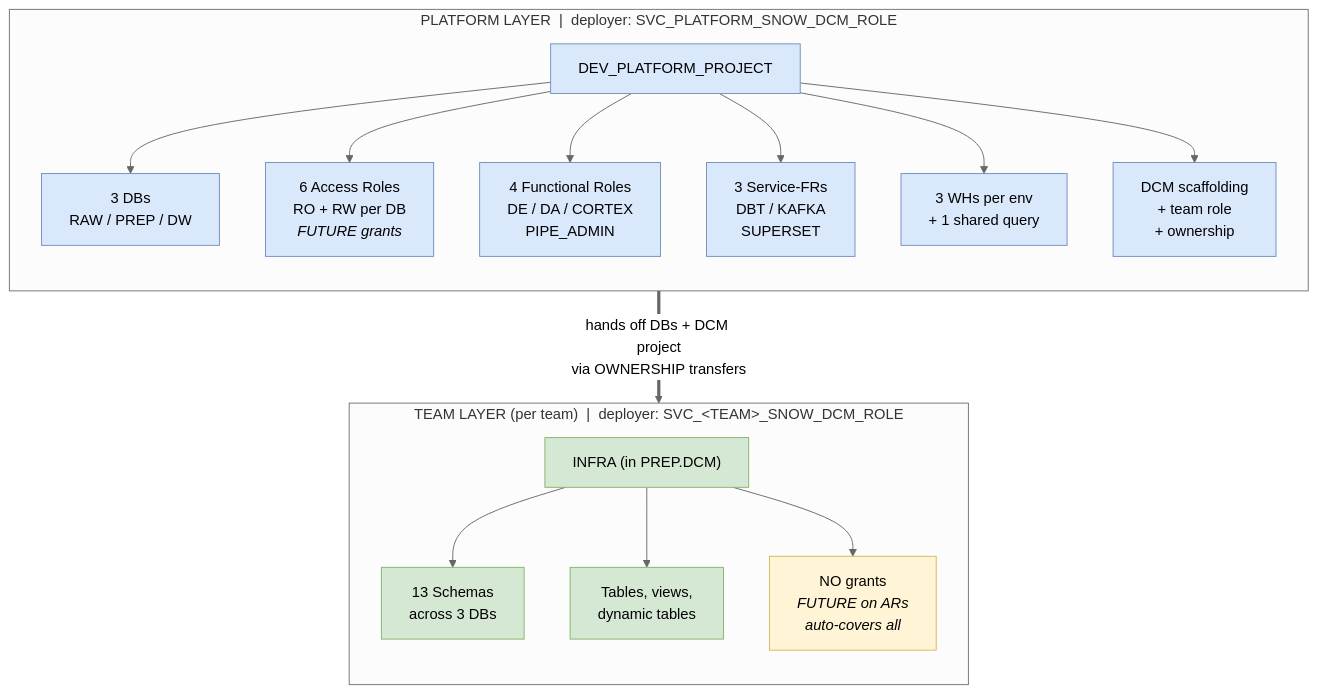
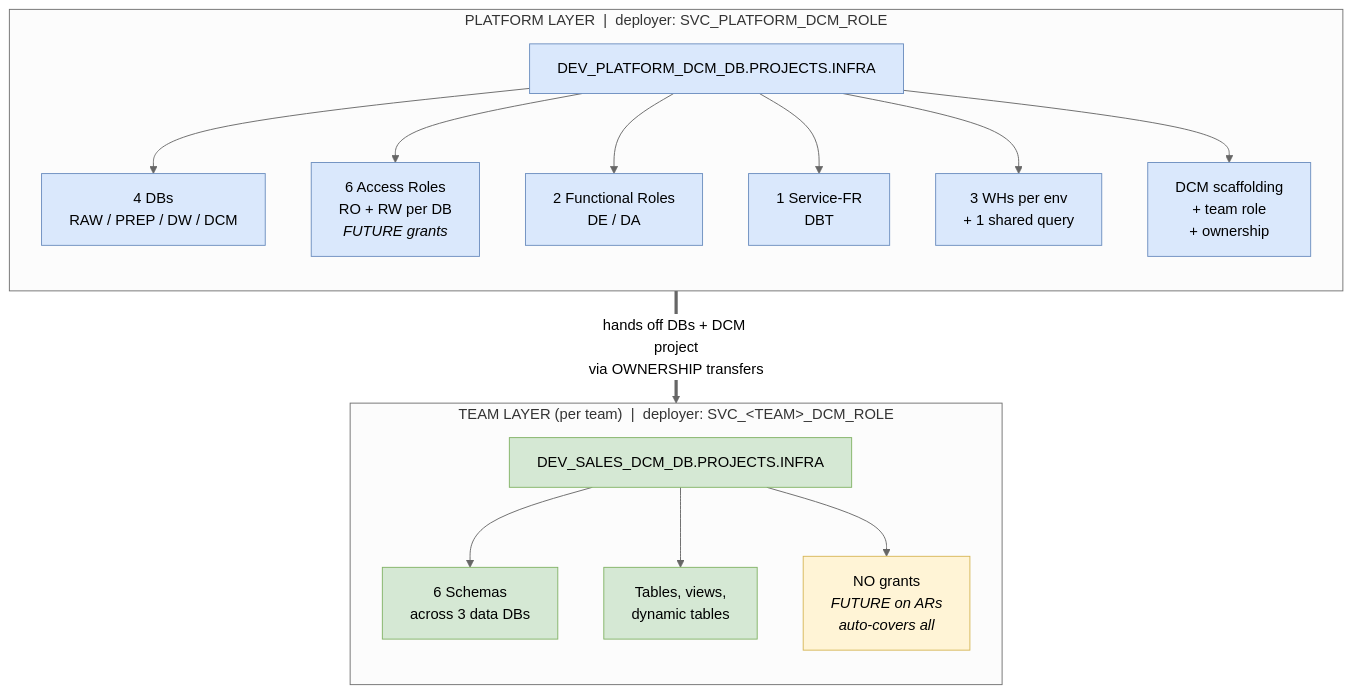
One commit to entechlog/snowflake-examples changed the first of 2 diagrams in snow-infra/dcm/README.md. Above: the diagram before and after it, drawn with Mermaid (neutral theme). The commit also changed other lines of this file and 34 other files, not shown here.

First line of the commit message:
changes to rework DCM demo: dedicated DCM_DB layer, shared macros, lean schemas

````diff
--- a/snow-infra/dcm/README.md
+++ b/snow-infra/dcm/README.md
@@ -28,30 +11,30 @@
 ```mermaid
 flowchart TB
-    subgraph PLATFORM["PLATFORM LAYER &nbsp;|&nbsp; deployer: SVC_PLATFORM_SNOW_DCM_ROLE"]
+    subgraph PLATFORM["PLATFORM LAYER &nbsp;|&nbsp; deployer: SVC_PLATFORM_DCM_ROLE"]
         direction TB
-        PP["DEV_PLATFORM_PROJECT"]
-        PP --> DBS["3 DBs<br/>RAW / PREP / DW"]
+        PP["DEV_PLATFORM_DCM_DB.PROJECTS.INFRA"]
+        PP --> DBS["4 DBs<br/>RAW / PREP / DW / DCM"]
         PP --> AR["6 Access Roles<br/>RO + RW per DB<br/><i>FUTURE grants</i>"]
-        PP --> FR["4 Functional Roles<br/>DE / DA / CORTEX<br/>PIPE_ADMIN"]
-        PP --> SVCFR["3 Service-FRs<br/>DBT / KAFKA<br/>SUPERSET"]
+        PP --> FR["2 Functional Roles<br/>DE / DA"]
+        PP --> SVCFR["1 Service-FR<br/>DBT"]
         PP --> WHS["3 WHs per env<br/>+ 1 shared query"]
         PP --> SCAFF["DCM scaffolding<br/>+ team role<br/>+ ownership"]
     end
 
-    subgraph TEAM["TEAM LAYER (per team) &nbsp;|&nbsp; deployer: SVC_&lt;TEAM&gt;_SNOW_DCM_ROLE"]
+    subgraph TEAM["TEAM LAYER (per team) &nbsp;|&nbsp; deployer: SVC_&lt;TEAM&gt;_DCM_ROLE"]
         direction TB
-        TP["INFRA (in PREP.DCM)"]
-        TP --> SCHEMAS["13 Schemas<br/>across 3 DBs"]
+        TP["DEV_SALES_DCM_DB.PROJECTS.INFRA"]
+        TP --> SCHEMAS["6 Schemas<br/>across 3 data DBs"]
         TP --> TVS["Tables, views,<br/>dynamic tables"]
         TP --> NOGRANT["NO grants<br/><i>FUTURE on ARs<br/>auto-covers all</i>"]
     end
 
     PLATFORM ==>|"hands off DBs + DCM project<br/>via OWNERSHIP transfers"| TEAM
 
     classDef platform fill:#dae8fc,stroke:#6c8ebf,color:#000
     classDef team fill:#d5e8d4,stroke:#82b366,color:#000
     classDef note fill:#fff4d6,stroke:#d6b656,color:#000
     class PP,DBS,AR,FR,SVCFR,WHS,SCAFF platform
     class TP,SCHEMAS,TVS team
     class NOGRANT note
 ```
````
